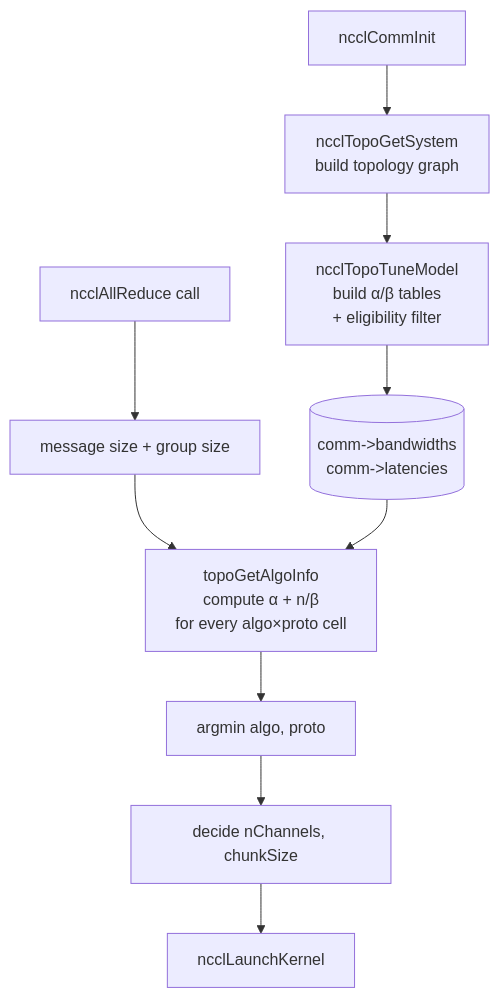
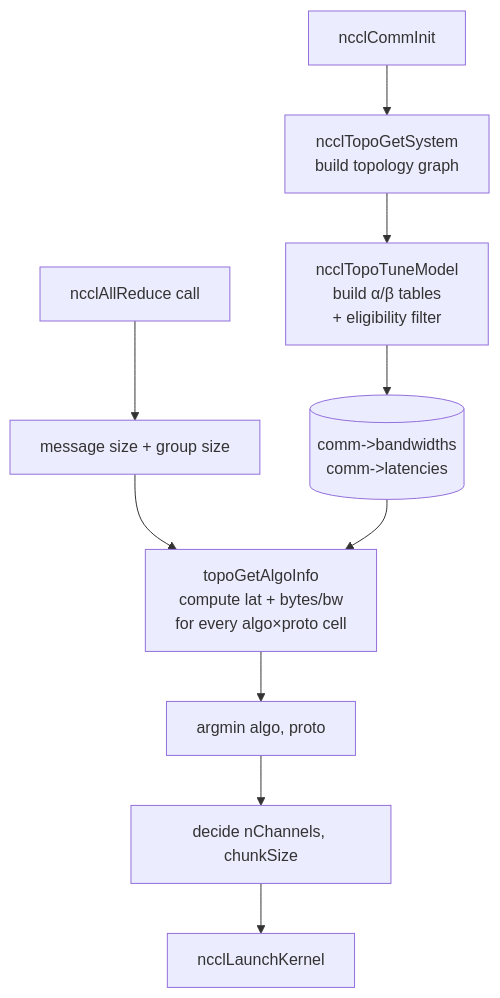
Before and after one commit to roycho96/roycho96.github.io: the diagram in _posts/2026-04-28-nccl-algorithms.md, drawn with Mermaid. The commit also changed other lines of this file and 1 other file, not shown here.

````diff
--- a/_posts/2026-04-28-nccl-algorithms.md
+++ b/_posts/2026-04-28-nccl-algorithms.md
@@ -518,13 +525,13 @@
 ```mermaid
 flowchart TD
     A[ncclCommInit] --> B[ncclTopoGetSystem<br/>build topology graph]
     B --> C[ncclTopoTuneModel<br/>build α/β tables<br/>+ eligibility filter]
     C --> D[(comm-&gt;bandwidths<br/>comm-&gt;latencies)]
 
     E[ncclAllReduce call] --> F[message size + group size]
-    F --> G[topoGetAlgoInfo<br/>compute α + n/β<br/>for every algo×proto cell]
+    F --> G[topoGetAlgoInfo<br/>compute lat + bytes/bw<br/>for every algo×proto cell]
     D --> G
     G --> H[argmin algo, proto]
     H --> I[decide nChannels, chunkSize]
     I --> J[ncclLaunchKernel]
 ```
````
